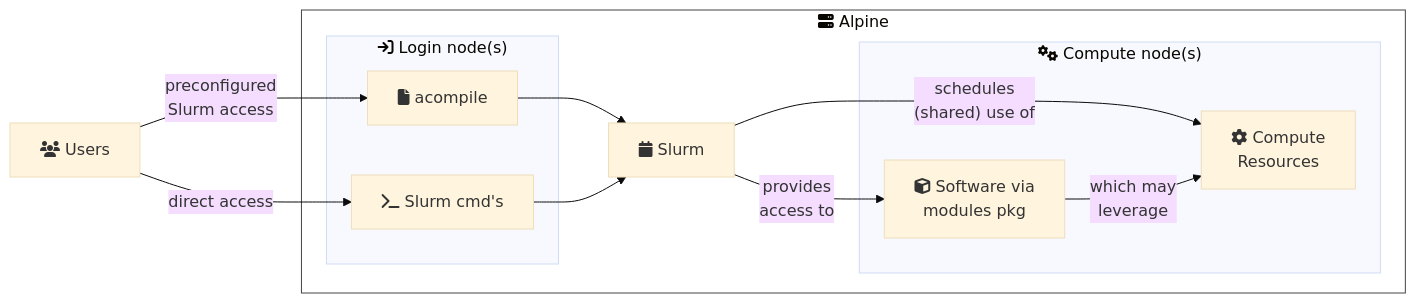
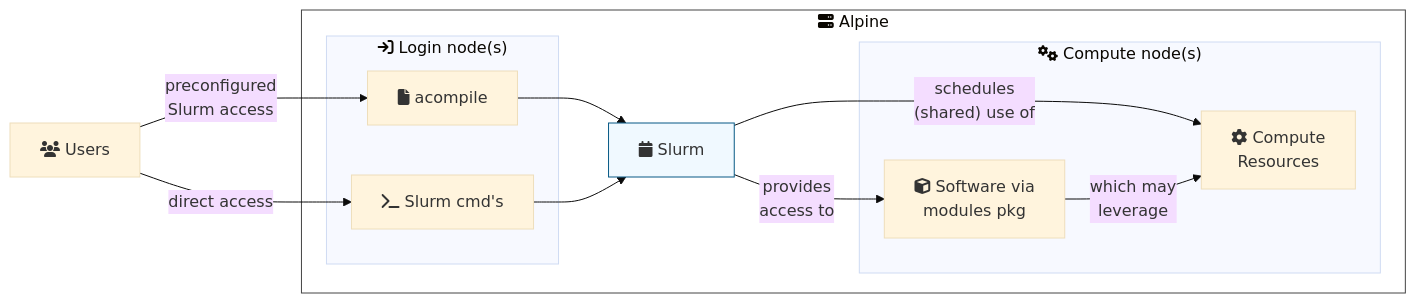
The third of 5 diagrams in README.md (CU-DBMI/example-hpc-alpine-python), drawn with Mermaid (base theme) before and after one commit. The commit also changed other lines of this file and 1 other file, not shown here.

Commit message:
implementation diagram and init content; run scrpt

````diff
--- a/README.md
+++ b/README.md
@@ -64,24 +69,24 @@
 ```mermaid
 flowchart LR
     users["fa:fa-users Users"]
     subgraph alpine["fa:fa-server Alpine"]
         acompile["fa:fa-file acompile"]
         slurm["fa:fa-calendar Slurm"]
         subgraph compute_nodes["fa:fa-cogs Compute node(s)"]
             hardware["fa:fa-cog Compute\nResources"]
             modules["fa:fa-cube Software via\nmodules pkg"]
         end
         subgraph login_nodes["fa:fa-sign-in Login node(s)"]
             acompile["fa:fa-file acompile"]
             slurm_cmd["fa:fa-terminal Slurm cmd's"]
         end
-        slurm["fa:fa-calendar Slurm"]
     end
 
     users --> | preconfigured\nSlurm access| acompile --> slurm
     users --> | direct access | slurm_cmd --> slurm
     slurm --> |"schedules\n(shared) use of"| hardware
     slurm --> | provides\naccess to| modules --> | which may\n leverage| hardware
 
 style alpine fill:#ffffff,stroke:#444444;
+style slurm fill:#F0F9FF,stroke:#075985;
 ```
````
